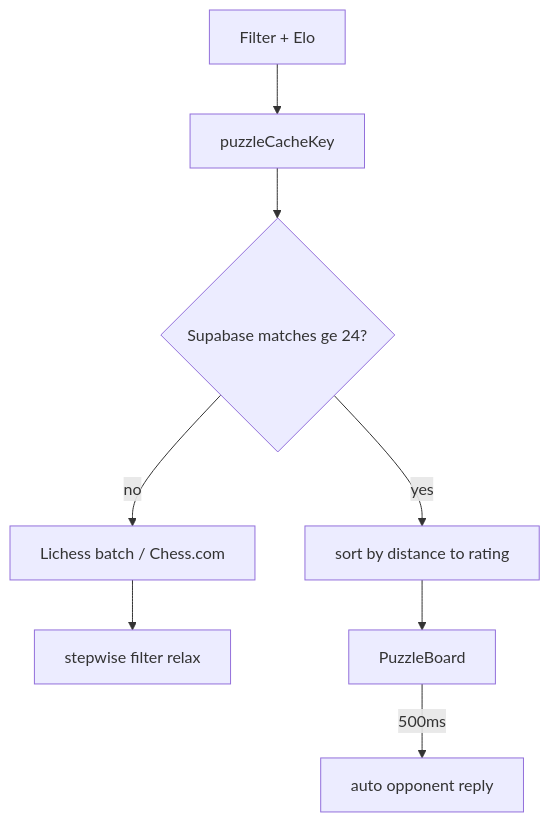
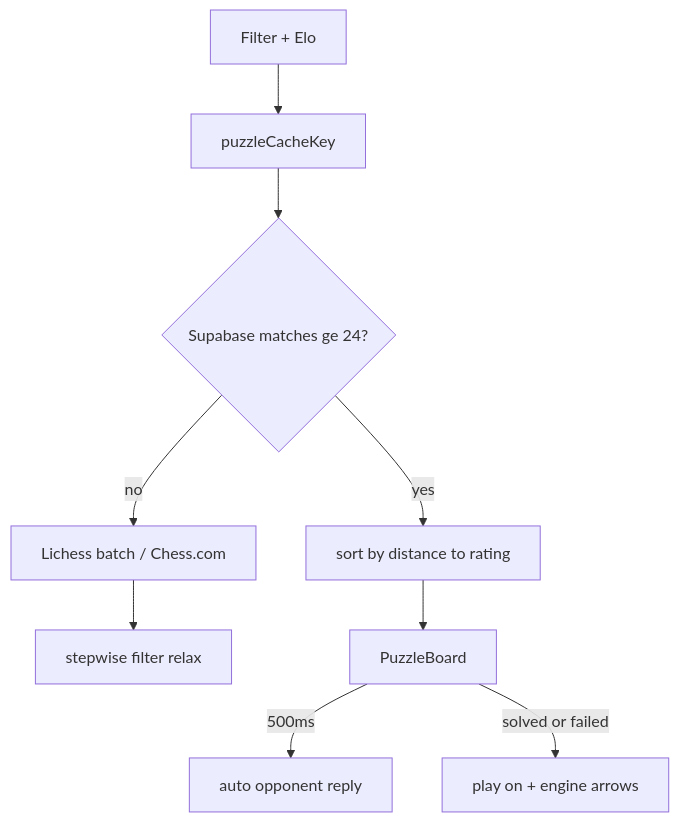
The diagram in docs/humans/_puzzles/Puzzles.md (FortakenJay/Chess-Website), drawn with Mermaid before and after one commit. The commit also changed other lines of this file and 86 other files, not shown here.

````diff
--- a/docs/humans/_puzzles/Puzzles.md
+++ b/docs/humans/_puzzles/Puzzles.md
@@ -23,10 +23,11 @@
 ```mermaid
 flowchart TB
   Request[Filter + Elo] --> Cache[puzzleCacheKey]
   Cache --> DB{Supabase matches ge 24?}
   DB -->|yes| Serve[sort by distance to rating]
   DB -->|no| Expand[Lichess batch / Chess.com]
   Expand --> Relax[stepwise filter relax]
   Serve --> Board[PuzzleBoard]
   Board -->|500ms| Reply[auto opponent reply]
+  Board -->|solved or failed| Analyze[play on + engine arrows]
 ```
````
